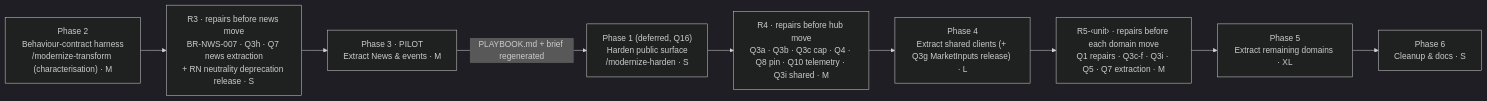
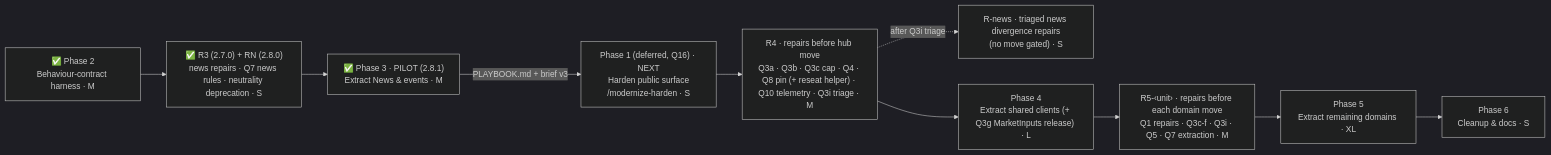
Before and after one commit to carnat/yahoo-finance-mcp: the second of 2 diagrams in analysis/yahoo-finance-mcp/MODERNIZATION_BRIEF.md, drawn with Mermaid (dark theme). The commit also changed other lines of this file, not shown here.

First line of the commit message:
Brief v3: post-pilot regeneration (pilot lessons, Q3i triage input, approval request for Phase 1, R4, Phase 4)

````diff
--- a/analysis/yahoo-finance-mcp/MODERNIZATION_BRIEF.md
+++ b/analysis/yahoo-finance-mcp/MODERNIZATION_BRIEF.md
@@ -159,20 +202,22 @@
 ```mermaid
 flowchart LR
-  P1["Phase 1 (deferred, Q16)<br/>Harden public surface<br/>/modernize-harden · S"]
-  P2["Phase 2<br/>Behaviour-contract harness<br/>/modernize-transform (characterisation) · M"]
-  R3["R3 · repairs before news move<br/>BR-NWS-007 · Q3h · Q7 news extraction<br/>+ RN neutrality deprecation release · S"]
-  P3["Phase 3 · PILOT<br/>Extract News & events · M"]
-  R4["R4 · repairs before hub move<br/>Q3a · Q3b · Q3c cap · Q4 · Q8 pin · Q10 telemetry · Q3i shared · M"]
+  P1["Phase 1 (deferred, Q16) · NEXT<br/>Harden public surface<br/>/modernize-harden · S"]
+  P2["✅ Phase 2<br/>Behaviour-contract harness · M"]
+  R3["✅ R3 (2.7.0) + RN (2.8.0)<br/>news repairs · Q7 news rules · neutrality deprecation · S"]
+  P3["✅ Phase 3 · PILOT (2.8.1)<br/>Extract News & events · M"]
+  R4["R4 · repairs before hub move<br/>Q3a · Q3b · Q3c cap · Q4 · Q8 pin (+ reseat helper) · Q10 telemetry · Q3i triage · M"]
+  RN2["R-news · triaged news divergence repairs<br/>(no move gated) · S"]
   P4["Phase 4<br/>Extract shared clients (+ Q3g MarketInputs release) · L"]
   R5["R5-‹unit› · repairs before each domain move<br/>Q1 repairs · Q3c-f · Q3i · Q5 · Q7 extraction · M"]
   P5["Phase 5<br/>Extract remaining domains · XL"]
   P6["Phase 6<br/>Cleanup & docs · S"]
   P2 --> R3
   R3 --> P3
-  P3 -->|"PLAYBOOK.md + brief regenerated"| P1
+  P3 -->|"PLAYBOOK.md + brief v3"| P1
   P1 --> R4
+  R4 -.->|"after Q3i triage"| RN2
   R4 --> P4
   P4 --> R5
   R5 --> P5
   P5 --> P6
 ```
````
